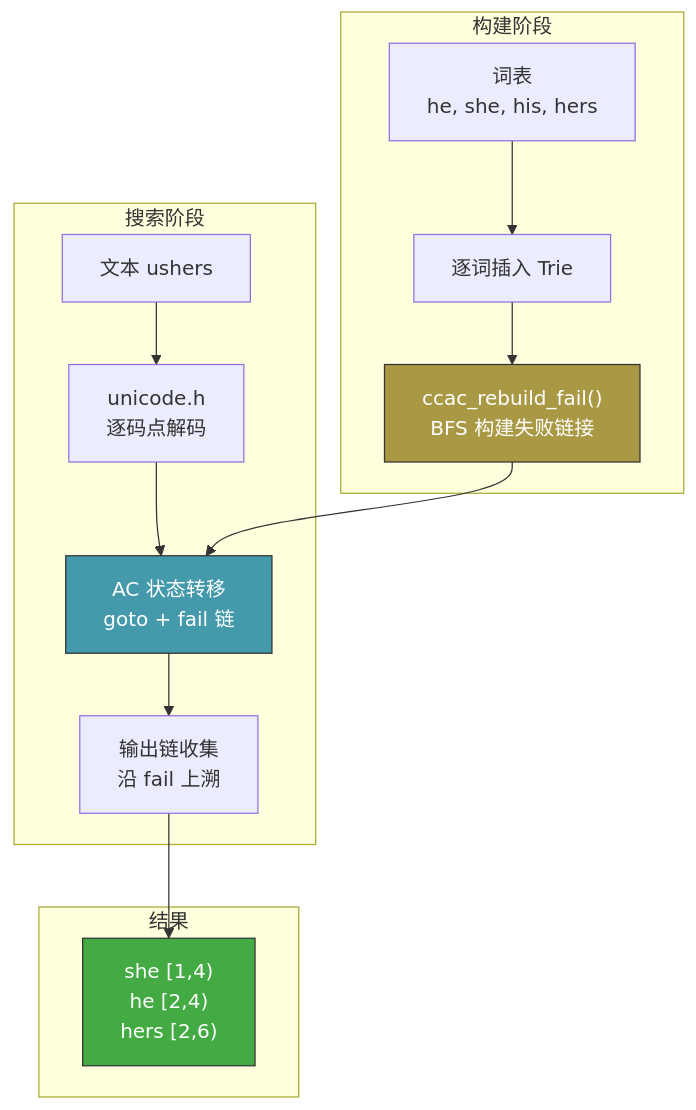
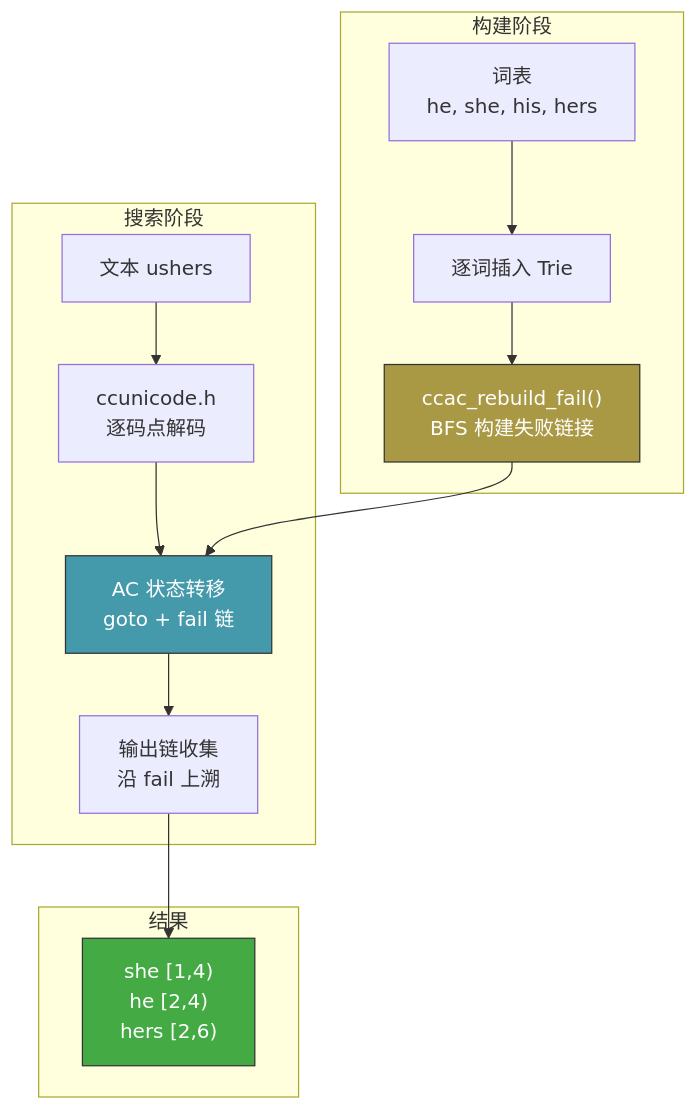
Before and after one commit to CandyMi/ccac: the fifth of 5 diagrams in docs/ac-diagrams.md, drawn with Mermaid. The commit also changed other lines of this file and 8 other files, not shown here.

First line of the commit message:
replace unicode.h with ccalg's ccunicode.h

````diff
--- a/docs/ac-diagrams.md
+++ b/docs/ac-diagrams.md
@@ -133,24 +133,24 @@
 ```mermaid
 flowchart TB
     subgraph 构建阶段
         A["词表<br/>he, she, his, hers"] --> B["逐词插入 Trie"]
         B --> C["ccac_rebuild_fail()<br/>BFS 构建失败链接"]
     end
 
     subgraph 搜索阶段
-        D["文本 ushers"] --> E["unicode.h<br/>逐码点解码"]
+        D["文本 ushers"] --> E["ccunicode.h<br/>逐码点解码"]
         E --> F["AC 状态转移<br/>goto + fail 链"]
         F --> G["输出链收集<br/>沿 fail 上溯"]
     end
 
     subgraph 结果
         H["she  [1,4)<br/>he   [2,4)<br/>hers [2,6)"]
     end
 
     C --> F
     G --> H
 
     style C fill:#a94,stroke:#333,color:#fff
     style F fill:#49a,stroke:#333,color:#fff
     style H fill:#4a4,stroke:#333,color:#fff
 ```
````
